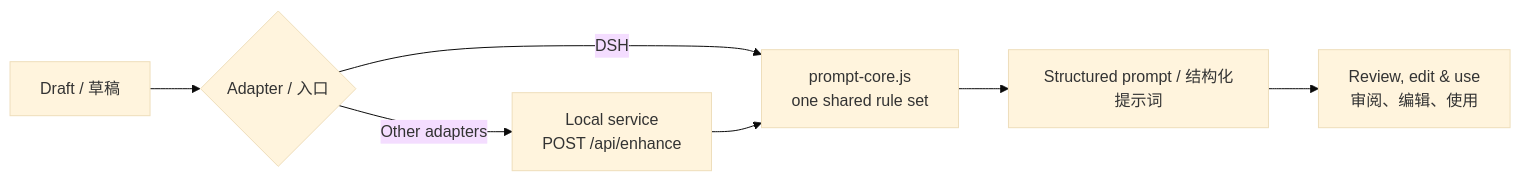
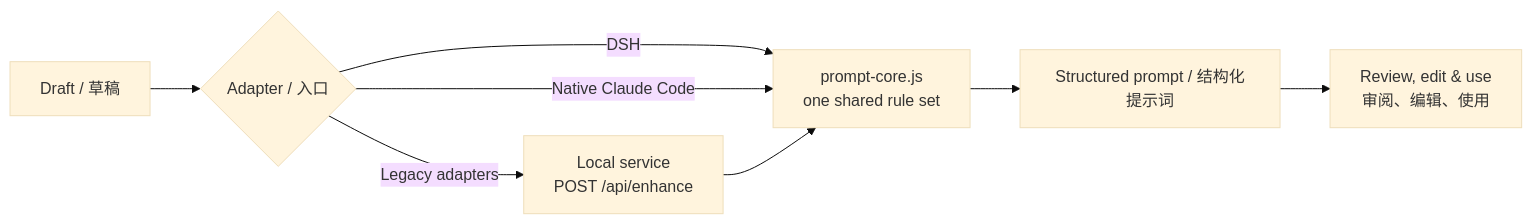
Before and after one commit to Erfan817/dsh-prompt-enhancer-plus: the diagram in README.md, drawn with Mermaid (base theme). The commit also changed other lines of this file and 21 other files, not shown here.

First line of the commit message:
feat: add native Claude Code prompt enhancement plugin

````diff
--- a/README.md
+++ b/README.md
@@ -186,9 +195,10 @@
 ```mermaid
 flowchart LR
     D[Draft / 草稿] --> A{Adapter / 入口}
     A -->|DSH| C[prompt-core.js<br/>one shared rule set]
-    A -->|Other adapters| L[Local service<br/>POST /api/enhance]
+    A -->|Native Claude Code| C
+    A -->|Legacy adapters| L[Local service<br/>POST /api/enhance]
     L --> C
     C --> R[Structured prompt / 结构化提示词]
     R --> U[Review, edit & use<br/>审阅、编辑、使用]
 ```
````
